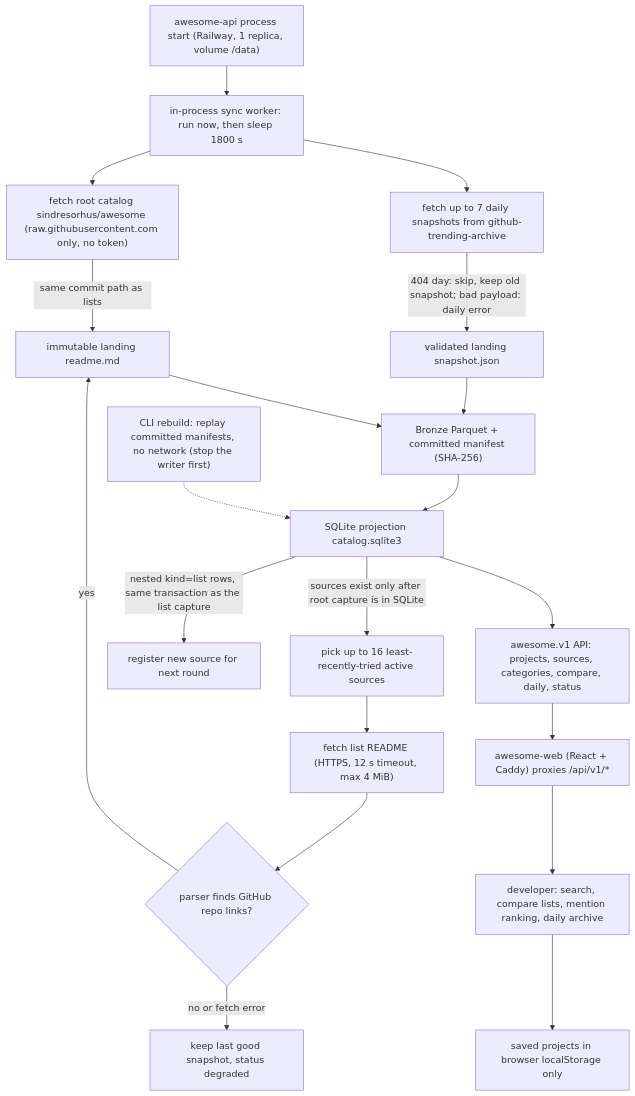
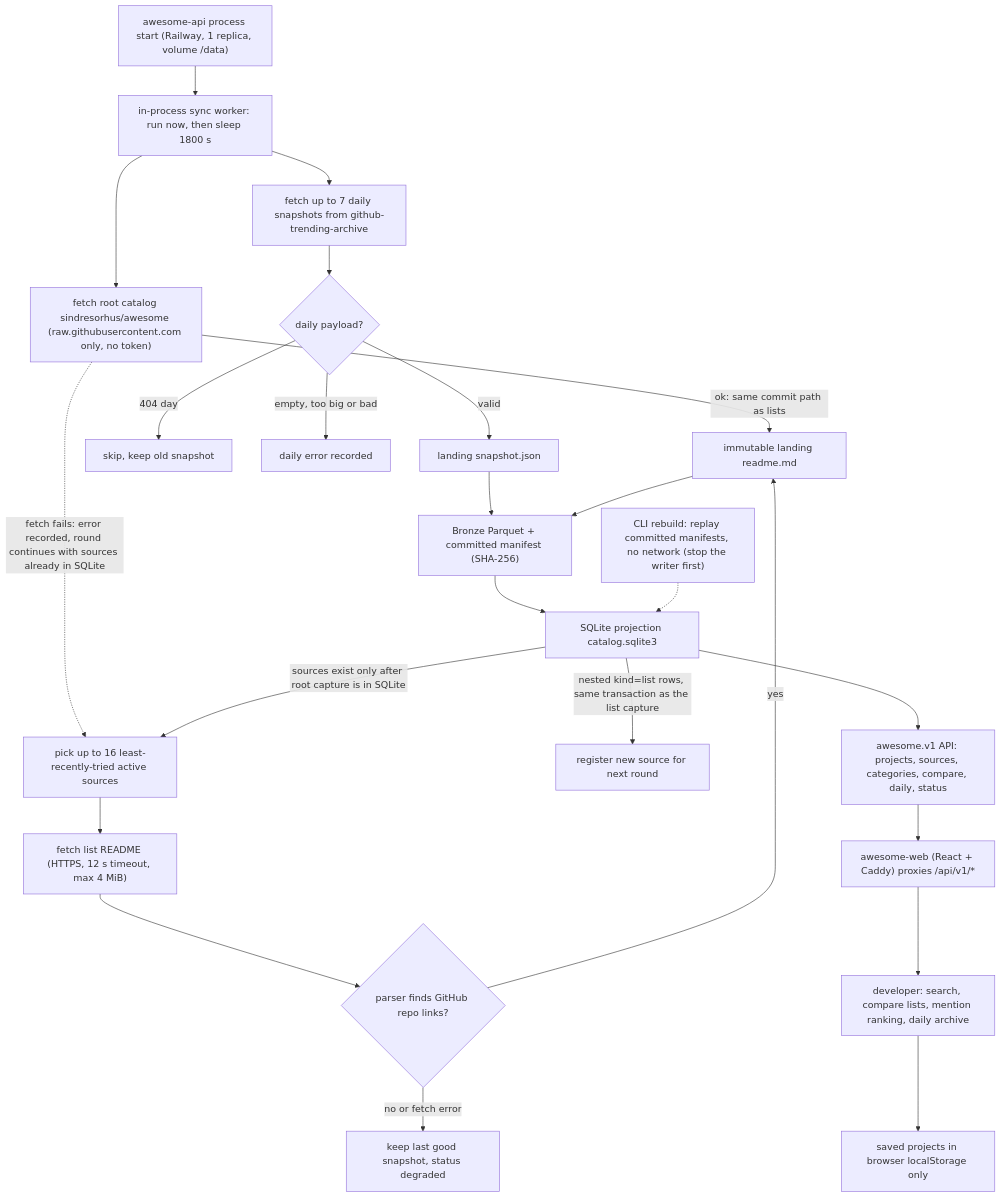
One commit to bookchaowalit/devtools-awesome-atlas changed the first of 2 diagrams in docs/diagrams/01-business-process.md. Above: the diagram before and after it, drawn with Mermaid.

Commit message:
docs: correct As-Is/To-Be facts from review (01-business-process)

````diff
--- a/docs/diagrams/01-business-process.md
+++ b/docs/diagrams/01-business-process.md
@@ -9,22 +9,26 @@
 ```mermaid
 flowchart TD
   START["awesome-api process start (Railway, 1 replica, volume /data)"] --> WORKER["in-process sync worker: run now, then sleep 1800 s"]
   WORKER --> ROOT["fetch root catalog sindresorhus/awesome (raw.githubusercontent.com only, no token)"]
-  ROOT -->|same commit path as lists| LAND
+  ROOT -->|ok: same commit path as lists| LAND
+  ROOT -.->|fetch fails: error recorded, round continues with sources already in SQLite| PICK
   SQLITE -->|sources exist only after root capture is in SQLite| PICK["pick up to 16 least-recently-tried active sources"]
   PICK --> FETCH["fetch list README (HTTPS, 12 s timeout, max 4 MiB)"]
   WORKER --> DAILY["fetch up to 7 daily snapshots from github-trending-archive"]
   FETCH --> PARSE{"parser finds GitHub repo links?"}
   PARSE -->|no or fetch error| KEEP["keep last good snapshot, status degraded"]
   PARSE -->|yes| LAND["immutable landing readme.md"]
-  DAILY -->|404 day: skip, keep old snapshot; bad payload: daily error| DLAND["validated landing snapshot.json"]
+  DAILY --> DCHK{"daily payload?"}
+  DCHK -->|404 day| DSKIP["skip, keep old snapshot"]
+  DCHK -->|empty, too big or bad| DERR["daily error recorded"]
+  DCHK -->|valid| DLAND["landing snapshot.json"]
   DLAND --> BRONZE
   LAND --> BRONZE["Bronze Parquet + committed manifest (SHA-256)"]
   BRONZE --> SQLITE["SQLite projection catalog.sqlite3"]
   SQLITE -->|nested kind=list rows, same transaction as the list capture| REGSRC["register new source for next round"]
   SQLITE --> API["awesome.v1 API: projects, sources, categories, compare, daily, status"]
   API --> WEB["awesome-web (React + Caddy) proxies /api/v1/*"]
   WEB --> USER["developer: search, compare lists, mention ranking, daily archive"]
   USER --> SAVED["saved projects in browser localStorage only"]
   CLI["CLI rebuild: replay committed manifests, no network (stop the writer first)"] -.-> SQLITE
 ```
````
